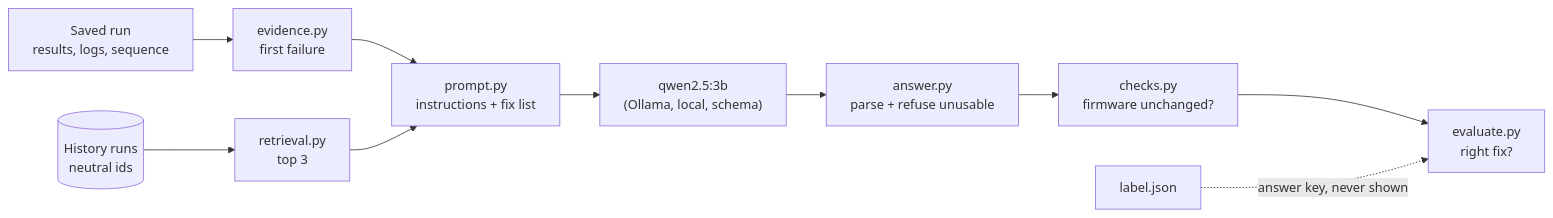
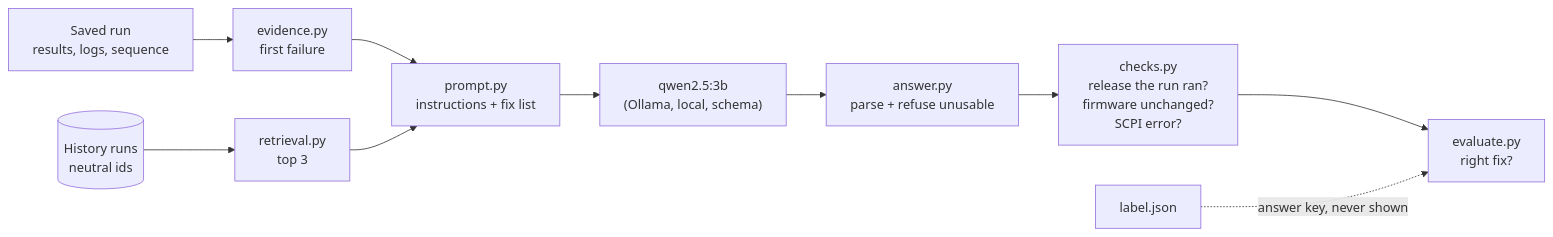
One commit to kaustubhagarwal18/virtual-rf-testbench changed the diagram in triage/results/baseline.md. Above: the diagram before and after it, drawn with Mermaid. The commit also changed other lines of this file and 7 other files, not shown here.

First line of the commit message:
docs: re-measure triage per fault, add ADR 0012, update the README and roadmap

````diff
--- a/triage/results/baseline.md
+++ b/triage/results/baseline.md
@@ -5,12 +5,12 @@
 ```mermaid
 flowchart LR
     run["Saved run<br/>results, logs, sequence"] --> ev["evidence.py<br/>first failure"]
     hist[("History runs<br/>neutral ids")] --> ret["retrieval.py<br/>top 3"]
     ev --> pr["prompt.py<br/>instructions + fix list"]
     ret --> pr
     pr --> llm["qwen2.5:3b<br/>(Ollama, local, schema)"]
     llm --> an["answer.py<br/>parse + refuse unusable"]
-    an --> chk["checks.py<br/>firmware unchanged?"]
+    an --> chk["checks.py<br/>release the run ran?<br/>firmware unchanged?<br/>SCPI error?"]
     chk --> score["evaluate.py<br/>right fix?"]
     label["label.json"] -. answer key, never shown .-> score
 ```
````
